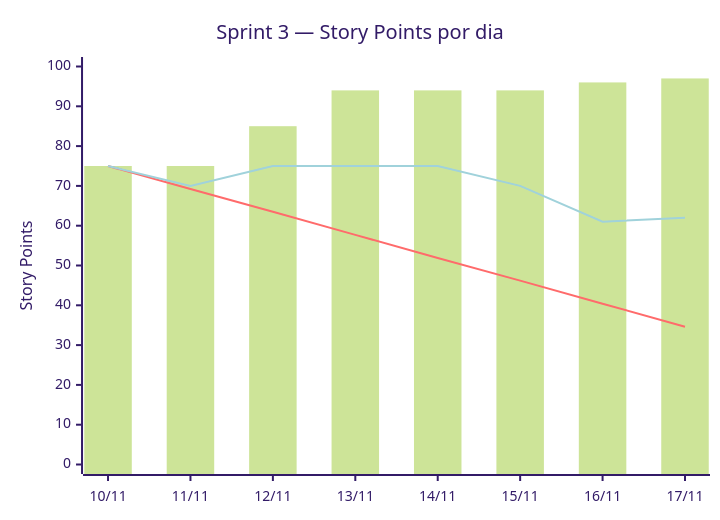
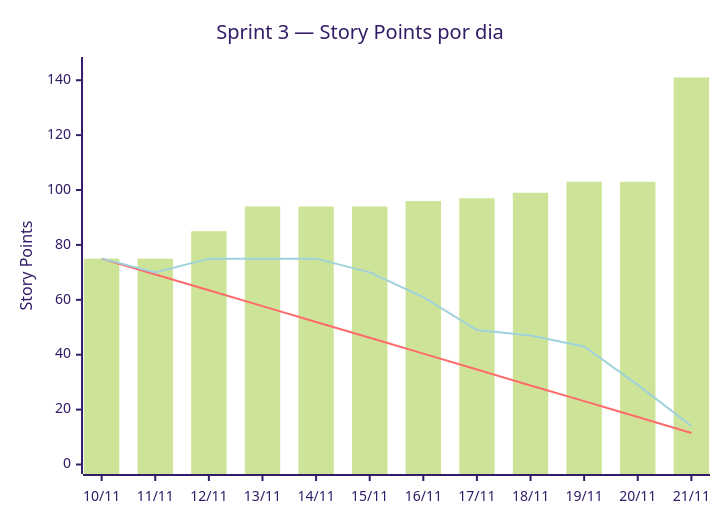
The diagram in docs/sprints/sprint-3/burndown.md (DEVassos/ecopulse-app), drawn with Mermaid (forest theme) before and after one commit. The commit also changed other lines of this file, not shown here.

````diff
--- a/docs/sprints/sprint-3/burndown.md
+++ b/docs/sprints/sprint-3/burndown.md
@@ -5,9 +5,9 @@
 ```mermaid
 xychart-beta
     title "Sprint 3 — Story Points por dia"
-    x-axis ["10/11", "11/11", "12/11", "13/11", "14/11", "15/11", "16/11", "17/11"]
-    y-axis "Story Points" 0 --> 100
-    bar [75, 75, 85, 94, 94, 94, 96, 97]
-    line [75, 69.2, 63.5, 57.7, 51.9, 46.2, 40.4, 34.6]
-    line [75, 70, 75, 75, 75, 70, 61, 62]
+    x-axis ["10/11", "11/11", "12/11", "13/11", "14/11", "15/11", "16/11", "17/11", "18/11", "19/11", "20/11", "21/11"]
+    y-axis "Story Points" 0 --> 145
+    bar [75, 75, 85, 94, 94, 94, 96, 97, 99, 103, 103, 141]
+    line [75, 69.2, 63.5, 57.7, 51.9, 46.2, 40.4, 34.6, 28.8, 23.1, 17.3, 11.5]
+    line [75, 70, 75, 75, 75, 70, 61, 49, 47, 43, 29, 14]
 ```
````
